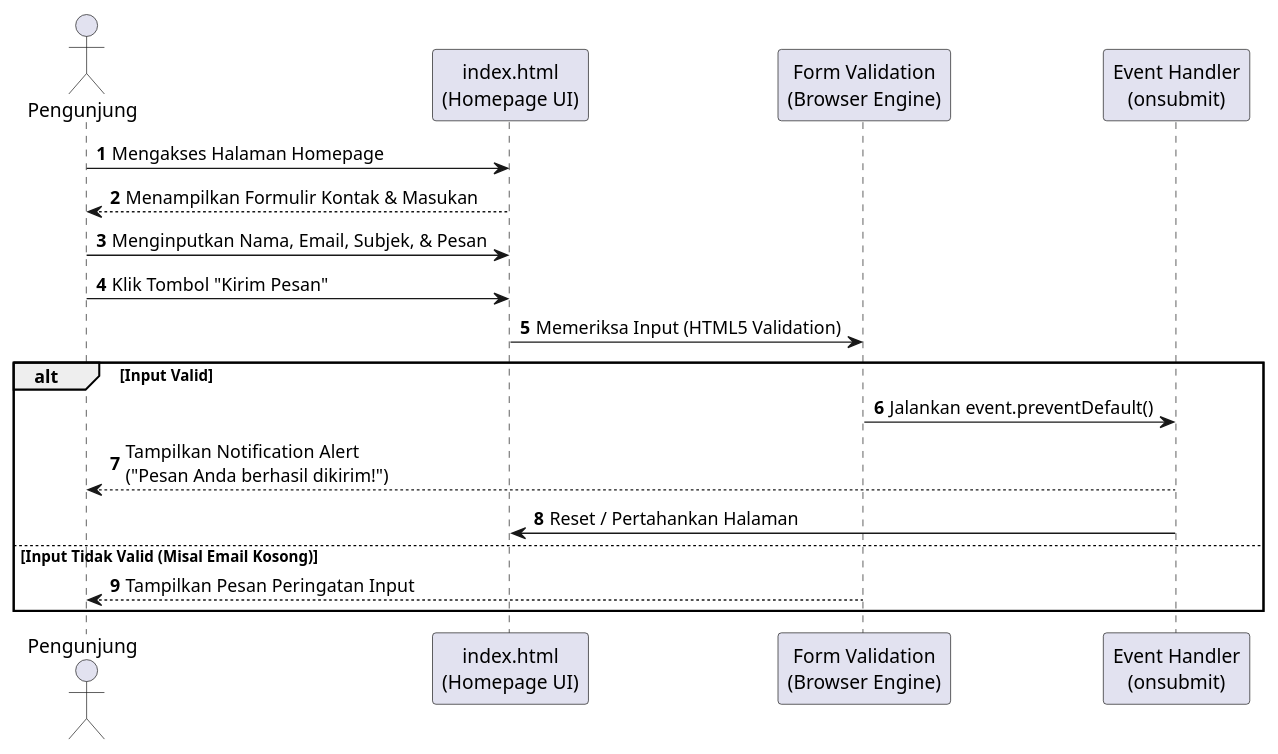
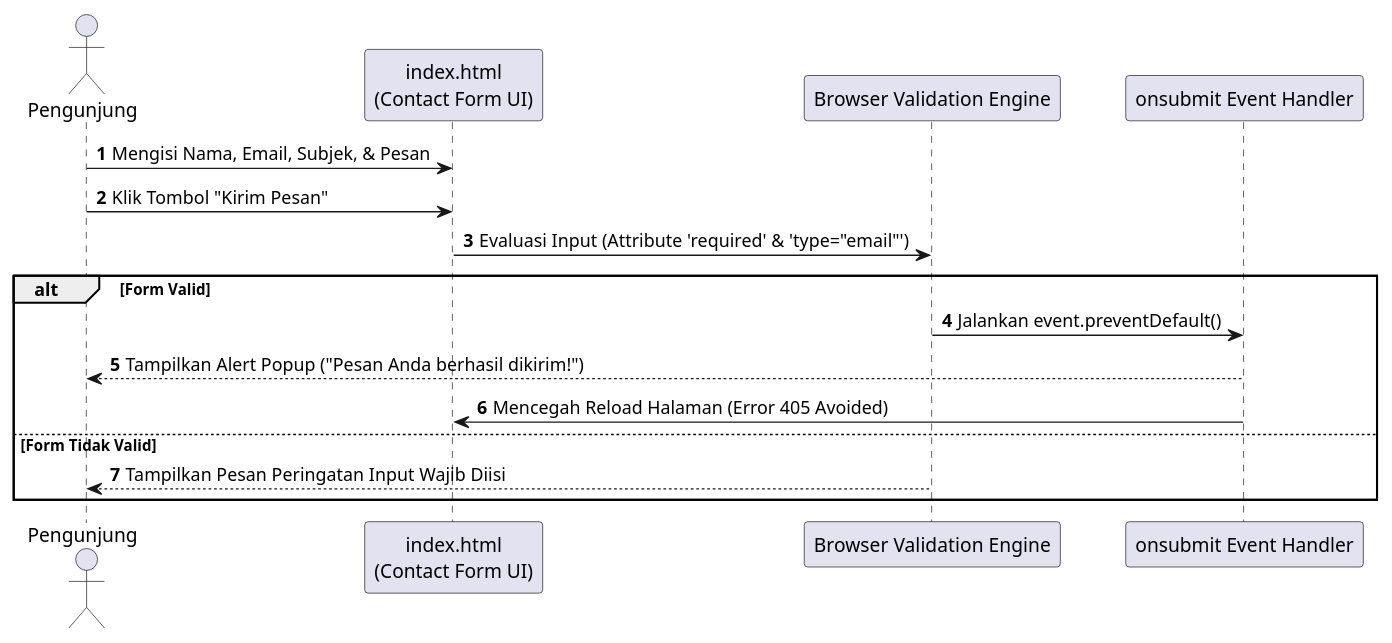
One commit to Randirozikin140/PAW-Week2-Kelompok1-KelasC changed the diagram in Sequence Diagram.puml. Above: the diagram before and after it, drawn with PlantUML. The commit also changed 4 other files, not shown here.

Commit message:
Refactor diagrams and update entity attributes for clarity and consistency

```diff
--- a/Sequence Diagram.puml
+++ b/Sequence Diagram.puml
@@ -1,21 +1,19 @@
 @startuml
 autonumber
 actor "Pengunjung" as User
-participant "index.html\n(Homepage UI)" as UI
-participant "Form Validation\n(Browser Engine)" as Form
-participant "Event Handler\n(onsubmit)" as Event
+participant "index.html\n(Contact Form UI)" as UI
+participant "Browser Validation Engine" as Engine
+participant "onsubmit Event Handler" as Event
 
-User -> UI : Mengakses Halaman Homepage
-UI --> User : Menampilkan Formulir Kontak & Masukan
-User -> UI : Menginputkan Nama, Email, Subjek, & Pesan
+User -> UI : Mengisi Nama, Email, Subjek, & Pesan
 User -> UI : Klik Tombol "Kirim Pesan"
-UI -> Form : Memeriksa Input (HTML5 Validation)
+UI -> Engine : Evaluasi Input (Attribute 'required' & 'type="email"')
 
-alt Input Valid
-    Form -> Event : Jalankan event.preventDefault()
-    Event --> User : Tampilkan Notification Alert\n("Pesan Anda berhasil dikirim!")
-    Event -> UI : Reset / Pertahankan Halaman
-else Input Tidak Valid (Misal Email Kosong)
-    Form --> User : Tampilkan Pesan Peringatan Input
+alt Form Valid
+    Engine -> Event : Jalankan event.preventDefault()
+    Event --> User : Tampilkan Alert Popup ("Pesan Anda berhasil dikirim!")
+    Event -> UI : Mencegah Reload Halaman (Error 405 Avoided)
+else Form Tidak Valid
+    Engine --> User : Tampilkan Pesan Peringatan Input Wajib Diisi
 end
 @enduml
```
